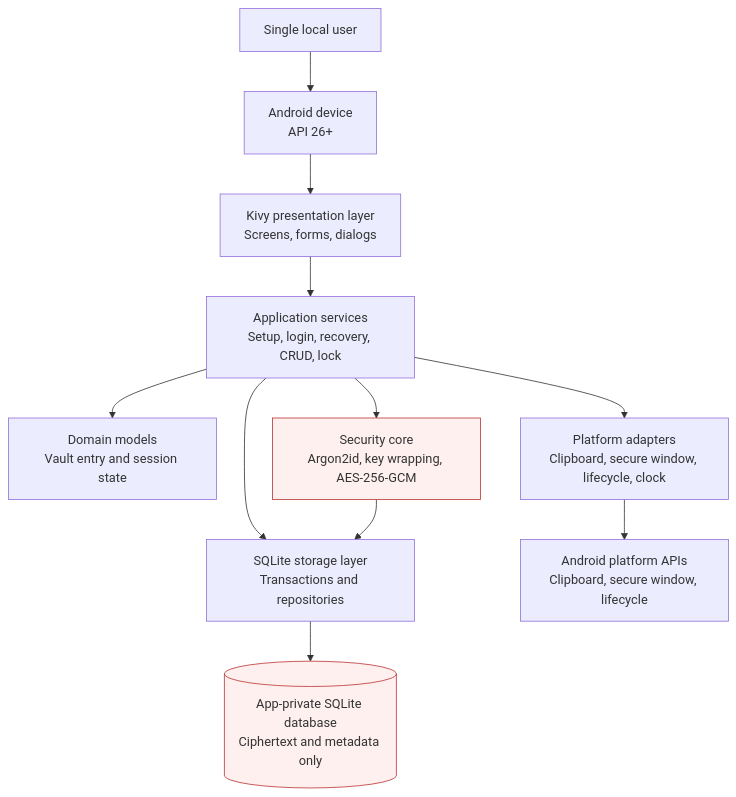
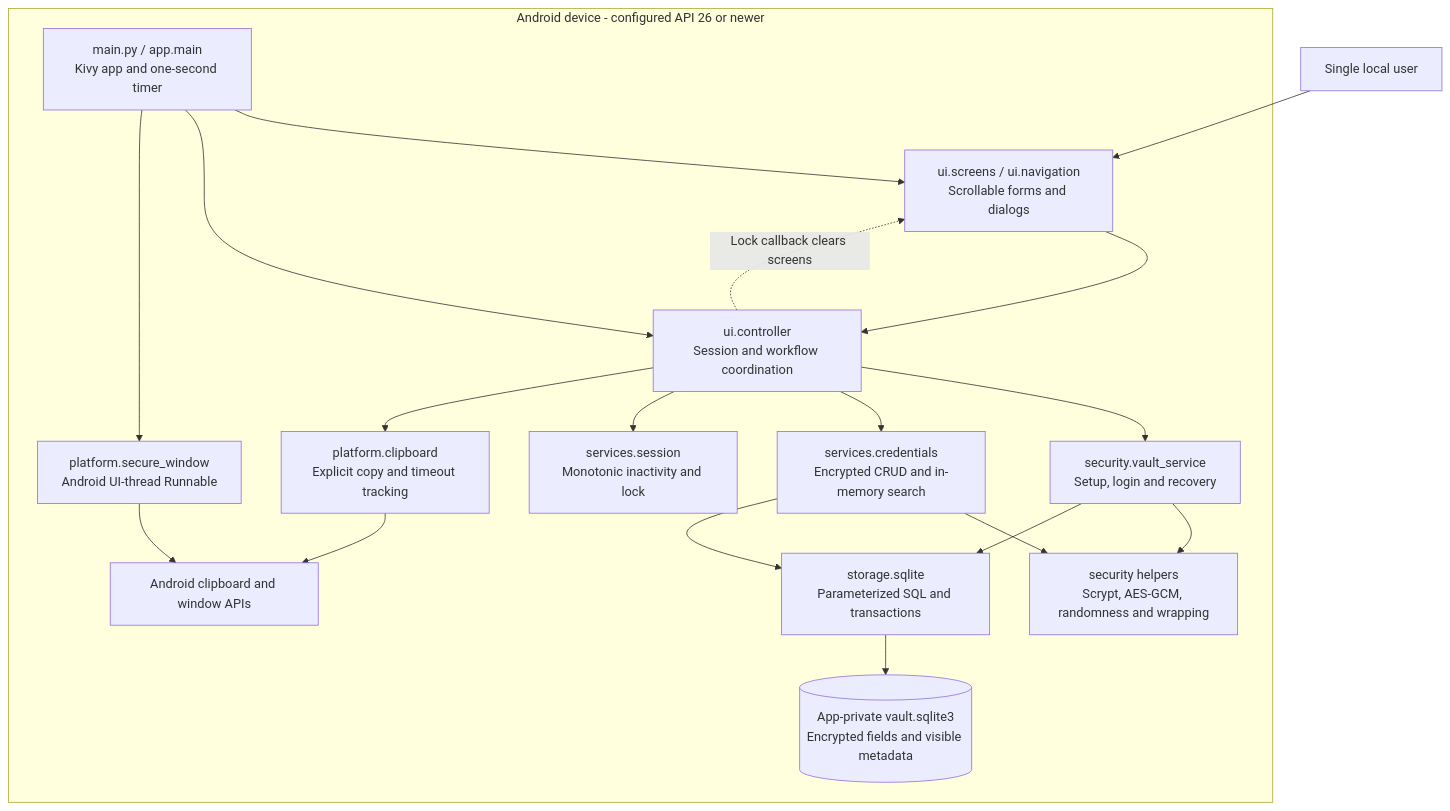
Before and after one commit to xominnow/password-manager: the first of 2 diagrams in docs/architecture/system-architecture.md, drawn with Mermaid. The commit also changed other lines of this file and 131 other files, not shown here.

````diff
--- a/docs/architecture/system-architecture.md
+++ b/docs/architecture/system-architecture.md
@@ -9,27 +9,35 @@
 ```mermaid
 flowchart TB
     User[Single local user]
-    Android[Android device\nAPI 26+]
-    UI[Kivy presentation layer\nScreens, forms, dialogs]
-    Services[Application services\nSetup, login, recovery, CRUD, lock]
-    Domain[Domain models\nVault entry and session state]
-    Security[Security core\nArgon2id, key wrapping, AES-256-GCM]
-    Platform[Platform adapters\nClipboard, secure window, lifecycle, clock]
-    Storage[SQLite storage layer\nTransactions and repositories]
-    DB[(App-private SQLite database\nCiphertext and metadata only)]
-    AndroidAPIs[Android platform APIs\nClipboard, secure window, lifecycle]
-
-    User --> Android
-    Android --> UI
-    UI --> Services
-    Services --> Domain
-    Services --> Security
-    Services --> Storage
-    Services --> Platform
-    Security --> Storage
+    subgraph Device[Android device - configured API 26 or newer]
+        App[main.py / app.main<br/>Kivy app and one-second timer]
+        UI[ui.screens / ui.navigation<br/>Scrollable forms and dialogs]
+        Controller[ui.controller<br/>Session and workflow coordination]
+        Vault[security.vault_service<br/>Setup, login and recovery]
+        Entries[services.credentials<br/>Encrypted CRUD and in-memory search]
+        Crypto[security helpers<br/>Scrypt, AES-GCM, randomness and wrapping]
+        Session[services.session<br/>Monotonic inactivity and lock]
+        Storage[storage.sqlite<br/>Parameterized SQL and transactions]
+        DB[(App-private vault.sqlite3<br/>Encrypted fields and visible metadata)]
+        Clipboard[platform.clipboard<br/>Explicit copy and timeout tracking]
+        Secure[platform.secure_window<br/>Android UI-thread Runnable]
+        OS[Android clipboard and window APIs]
+    end
+    User --> UI
+    App --> UI
+    App --> Controller
+    App --> Secure
+    UI --> Controller
+    Controller --> Vault
+    Controller --> Entries
+    Controller --> Session
+    Controller --> Clipboard
+    Vault --> Crypto
+    Entries --> Crypto
+    Vault --> Storage
+    Entries --> Storage
     Storage --> DB
-    Platform --> AndroidAPIs
-
-    classDef sensitive fill:#fff0f0,stroke:#b33,stroke-width:1px;
-    class Security,DB sensitive;
+    Clipboard --> OS
+    Secure --> OS
+    Controller -. Lock callback clears screens .-> UI
 ```
````
